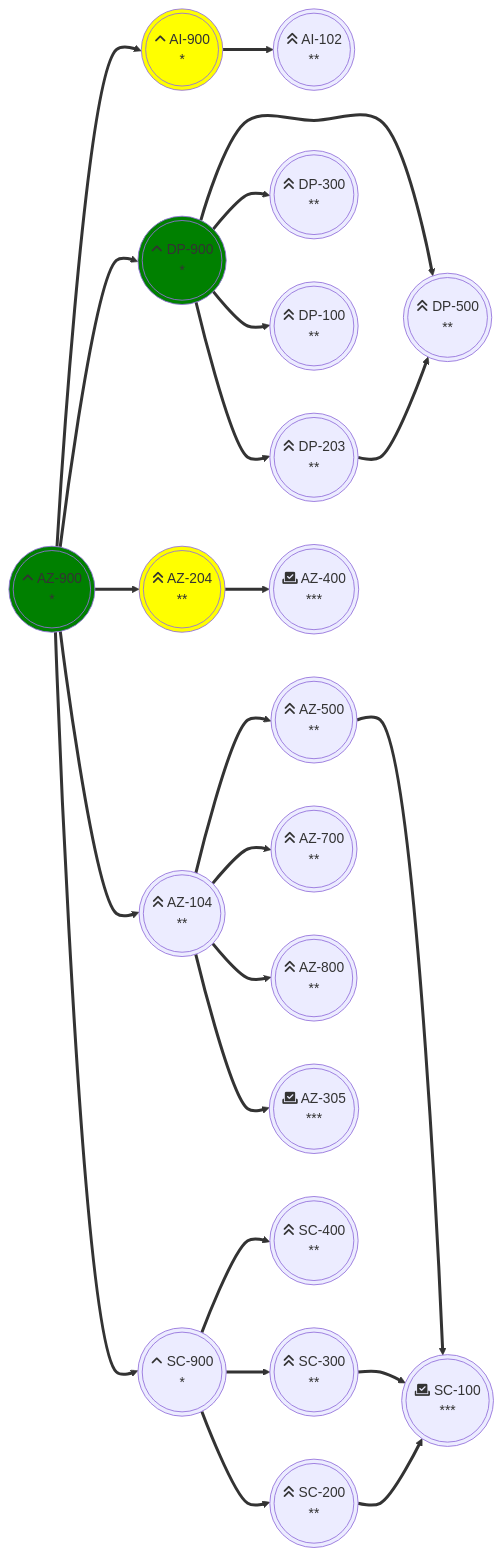
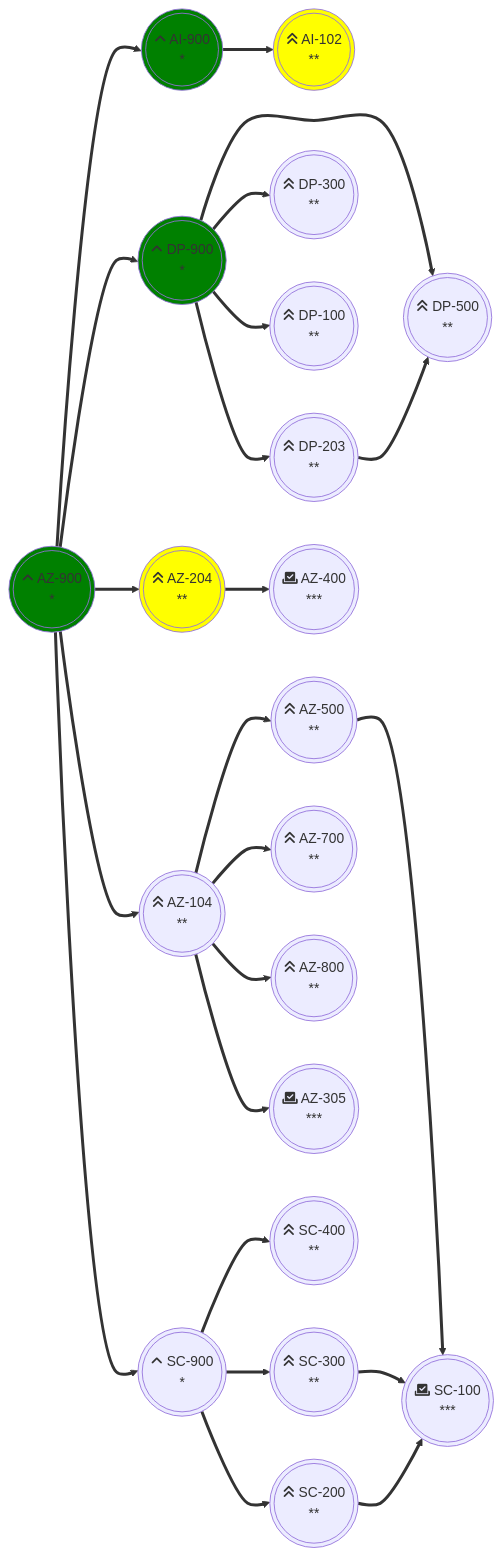
One commit to ankitech/Cloud-certification-guide changed the diagram in README.md. Above: the diagram before and after it, drawn with Mermaid.

````diff
--- a/README.md
+++ b/README.md
@@ -3,68 +3,69 @@
 ```mermaid
 %%{ init: { 'flowchart': { 'curve': 'catmullRom' } } }%%
 flowchart LR
 
     AZ900(((fa:fa-angle-up AZ-900\n*)))
     style AZ900 fill:green
 
     AZ204(((fa:fa-angle-double-up AZ-204\n**)))
     style AZ204 fill:yellow
 
     AZ104(((fa:fa-angle-double-up AZ-104\n**)))
     AZ500(((fa:fa-angle-double-up AZ-500\n**)))
     AZ700(((fa:fa-angle-double-up AZ-700\n**)))
     AZ800(((fa:fa-angle-double-up AZ-800\n**)))
     AZ305(((fa:fa-vote-yea AZ-305\n***)))
     AZ400(((fa:fa-vote-yea AZ-400\n***)))
 
     AI900(((fa:fa-angle-up AI-900\n*)))
-    style AI900 fill:yellow
+    style AI900 fill:green
 
     AI102(((fa:fa-angle-double-up AI-102\n**)))
+    style AI102 fill:yellow
 
     DP900(((fa:fa-angle-up DP-900\n*)))
     style DP900 fill:green
     
     DP100(((fa:fa-angle-double-up DP-100\n**)))
     DP203(((fa:fa-angle-double-up DP-203\n**)))
     DP300(((fa:fa-angle-double-up DP-300\n**)))
     DP500(((fa:fa-angle-double-up DP-500\n**)))
 
     SC900(((fa:fa-angle-up SC-900\n*)))
     SC200(((fa:fa-angle-double-up SC-200\n**)))
     SC300(((fa:fa-angle-double-up SC-300\n**)))
     SC400(((fa:fa-angle-double-up SC-400\n**)))
     SC100(((fa:fa-vote-yea SC-100\n***)))
 
     AZ900==>AI900
     AZ900==>DP900
     AZ900==>AZ204
     AZ900==>AZ104
     AZ900==>SC900
 
     AI900==>AI102
 
     DP900==>DP500
     DP900==>DP300
     DP900==>DP100
     DP900==>DP203
 
     DP203==>DP500
 
     SC900==>SC400
     SC900==>SC300
     SC900==>SC200
 
     AZ104==>AZ500
     AZ104==>AZ700
     AZ104==>AZ800
     AZ104==>AZ305
 
     AZ204==>AZ400
 
     AZ500==>SC100
 
     SC200==>SC100
 
     SC300==>SC100
 ```
````
